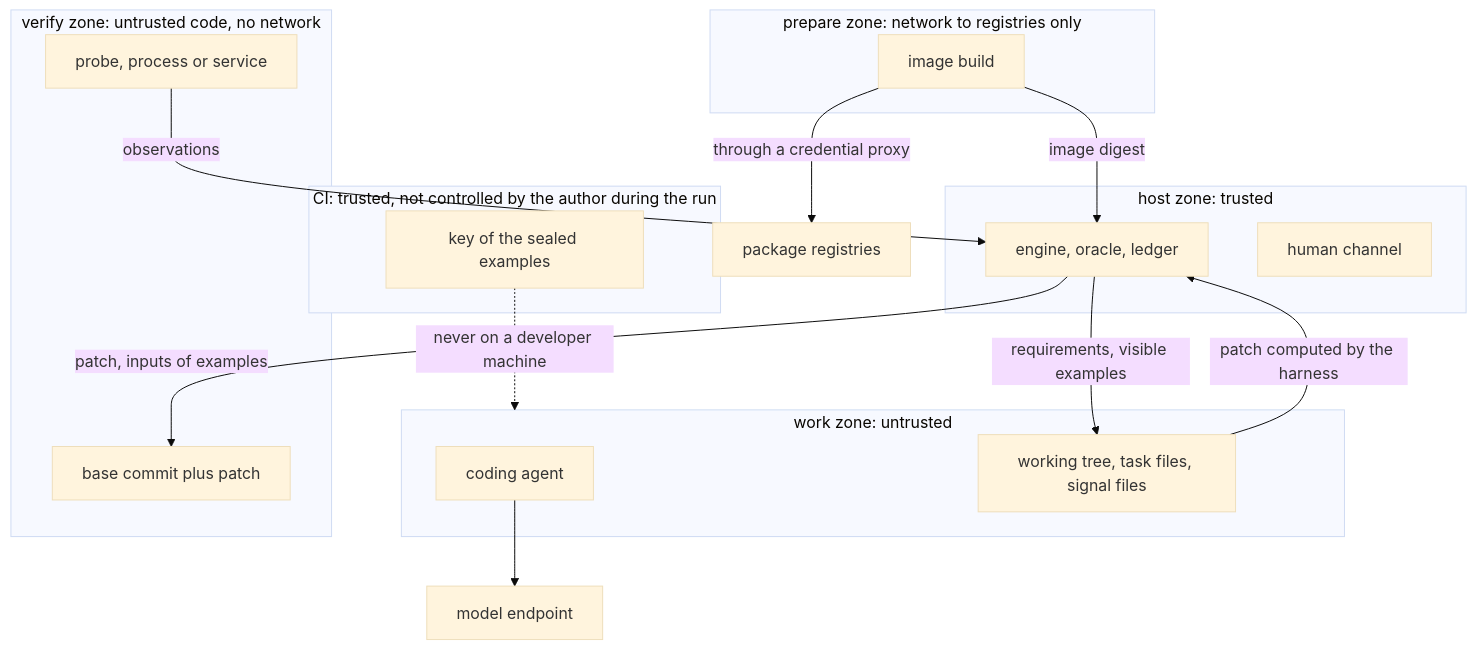
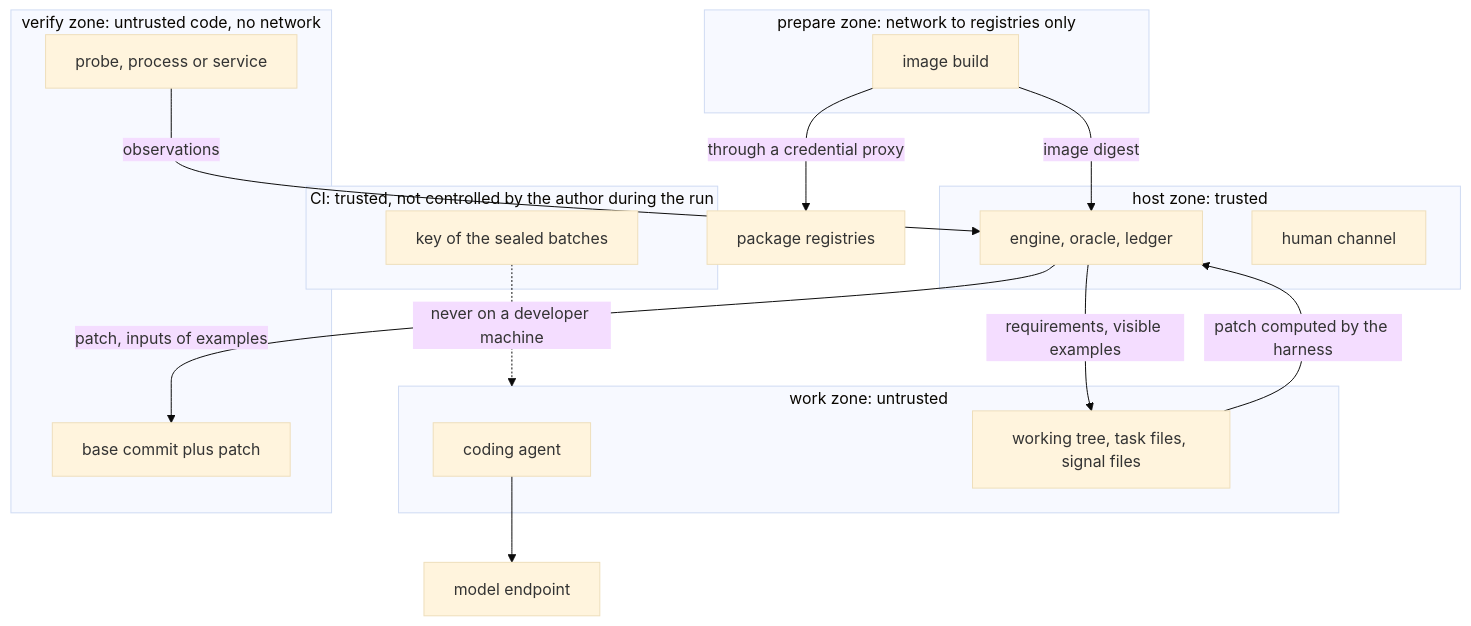
One commit to rafaranaz/raclab-dokime changed the second of 2 diagrams in docs/architecture/01-context.md. Above: the diagram before and after it, drawn with Mermaid (base theme). The commit also changed other lines of this file and 21 other files, not shown here.

````diff
--- a/docs/architecture/01-context.md
+++ b/docs/architecture/01-context.md
@@ -51,32 +51,32 @@
 ```mermaid
 flowchart TB
     subgraph host["host zone: trusted"]
         harness["engine, oracle, ledger"]
         human["human channel"]
     end
     subgraph ci["CI: trusted, not controlled by the author during the run"]
-        key["key of the sealed examples"]
+        key["key of the sealed batches"]
     end
     subgraph prepare["prepare zone: network to registries only"]
         build["image build"]
     end
     subgraph work["work zone: untrusted"]
         agent["coding agent"]
         tree["working tree, task files, signal files"]
     end
     subgraph verify["verify zone: untrusted code, no network"]
         subject["base commit plus patch"]
         probe["probe, process or service"]
     end
     model["model endpoint"]
     registries["package registries"]
 
     harness -->|requirements, visible examples| tree
     tree -->|patch computed by the harness| harness
     agent --> model
     build -->|through a credential proxy| registries
     build -->|image digest| harness
     harness -->|patch, inputs of examples| subject
     probe -->|observations| harness
     key -.->|never on a developer machine| work
 ```
````
